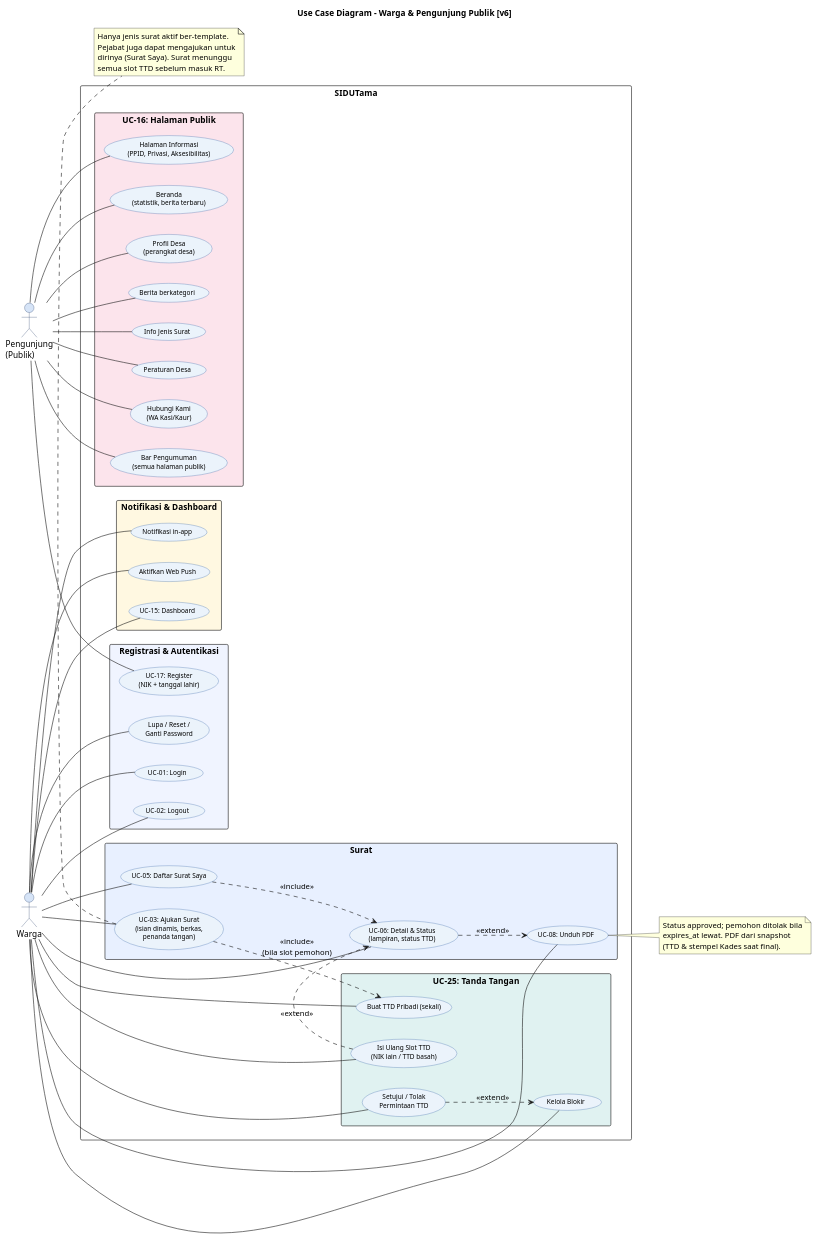
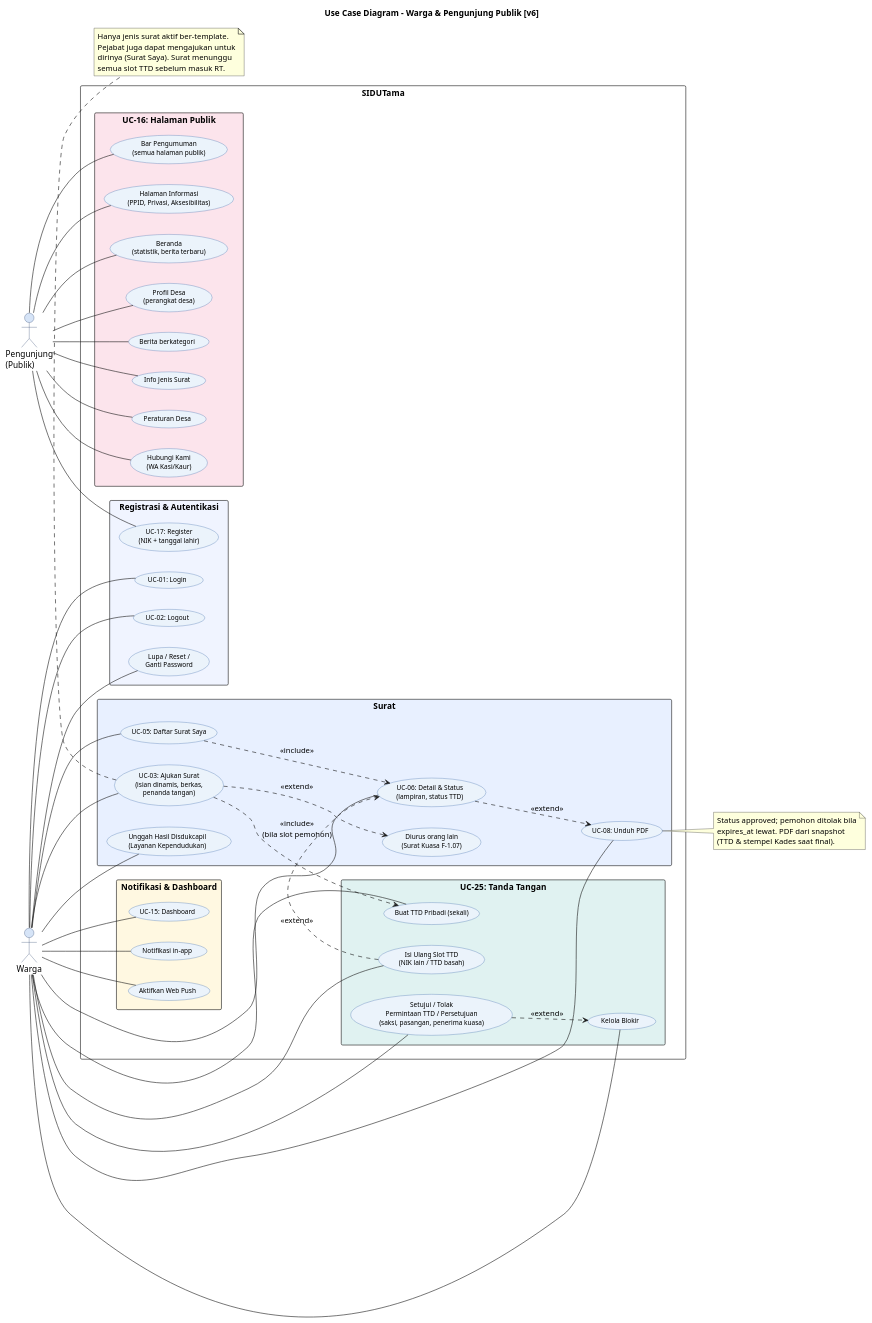
The diagram in docs/diagram/code/usecase/01_UC_Warga_v6.puml (Vextronode/sid-app), drawn with PlantUML before and after one commit. The commit also changed 458 other files, not shown here.

```diff
--- a/docs/diagram/code/usecase/01_UC_Warga_v6.puml
+++ b/docs/diagram/code/usecase/01_UC_Warga_v6.puml
@@ -9,98 +9,102 @@
 @startuml UC_Warga_v6
 left to right direction
 skinparam packageStyle rectangle
 skinparam backgroundColor #FFFFFF
 skinparam usecase {
   BackgroundColor #EBF3FB
   BorderColor #2E5FA3
   FontName Arial
   FontSize 11
 }
 skinparam actor {
   BackgroundColor #D6E4F7
   BorderColor #1F3864
   FontName Arial
 }
 title Use Case Diagram - Warga & Pengunjung Publik [v6]
 
 actor "Warga" as WRG
 actor "Pengunjung\n(Publik)" as PUB
 
 rectangle "SIDUTama" {
   rectangle "Registrasi & Autentikasi" #F0F4FF {
     usecase "UC-17: Register\n(NIK + tanggal lahir)" as UC_REG
     usecase "UC-01: Login" as UC_LOGIN
     usecase "UC-02: Logout" as UC_LOGOUT
     usecase "Lupa / Reset /\nGanti Password" as UC_PWD
   }
   rectangle "UC-16: Halaman Publik" #FCE4EC {
     usecase "Beranda\n(statistik, berita terbaru)" as UC_P1
     usecase "Profil Desa\n(perangkat desa)" as UC_P2
     usecase "Berita berkategori" as UC_P3
     usecase "Info Jenis Surat" as UC_P4
     usecase "Peraturan Desa" as UC_P5
     usecase "Hubungi Kami\n(WA Kasi/Kaur)" as UC_P6
     usecase "Bar Pengumuman\n(semua halaman publik)" as UC_P7
     usecase "Halaman Informasi\n(PPID, Privasi, Aksesibilitas)" as UC_P8
   }
   rectangle "Surat" #E8F0FF {
     usecase "UC-03: Ajukan Surat\n(isian dinamis, berkas,\npenanda tangan)" as UC_SUBMIT
     usecase "UC-05: Daftar Surat Saya" as UC_LIST
     usecase "UC-06: Detail & Status\n(lampiran, status TTD)" as UC_DETAIL
     usecase "UC-08: Unduh PDF" as UC_DL
+    usecase "Unggah Hasil Disdukcapil\n(Layanan Kependudukan)" as UC_RESULT
+    usecase "Diurus orang lain\n(Surat Kuasa F-1.07)" as UC_POA
   }
   rectangle "UC-25: Tanda Tangan" #E0F2F1 {
     usecase "Buat TTD Pribadi (sekali)" as UC_SIG
-    usecase "Setujui / Tolak\nPermintaan TTD" as UC_SIGREQ
+    usecase "Setujui / Tolak\nPermintaan TTD / Persetujuan\n(saksi, pasangan, penerima kuasa)" as UC_SIGREQ
     usecase "Isi Ulang Slot TTD\n(NIK lain / TTD basah)" as UC_REFILL
     usecase "Kelola Blokir" as UC_BLOCK
   }
   rectangle "Notifikasi & Dashboard" #FFF8E1 {
     usecase "Notifikasi in-app" as UC_NOTIF
     usecase "Aktifkan Web Push" as UC_PUSH
     usecase "UC-15: Dashboard" as UC_DASH
   }
 }
 
 PUB -- UC_P1
 PUB -- UC_P2
 PUB -- UC_P3
 PUB -- UC_P4
 PUB -- UC_P5
 PUB -- UC_P6
 PUB -- UC_P7
 PUB -- UC_P8
 PUB -- UC_REG
 WRG -- UC_LOGIN
 WRG -- UC_LOGOUT
 WRG -- UC_PWD
 WRG -- UC_SUBMIT
 WRG -- UC_LIST
 WRG -- UC_DETAIL
 WRG -- UC_DL
+WRG -- UC_RESULT
+UC_SUBMIT ..> UC_POA : <<extend>>
 WRG -- UC_SIG
 WRG -- UC_SIGREQ
 WRG -- UC_REFILL
 WRG -- UC_BLOCK
 WRG -- UC_NOTIF
 WRG -- UC_PUSH
 WRG -- UC_DASH
 
 UC_SUBMIT ..> UC_SIG : <<include>>\n(bila slot pemohon)
 UC_REFILL ..> UC_DETAIL : <<extend>>
 UC_LIST ..> UC_DETAIL : <<include>>
 UC_DETAIL ..> UC_DL : <<extend>>
 UC_SIGREQ ..> UC_BLOCK : <<extend>>
 
 note bottom of UC_SUBMIT
   Hanya jenis surat aktif ber-template.
   Pejabat juga dapat mengajukan untuk
   dirinya (Surat Saya). Surat menunggu
   semua slot TTD sebelum masuk RT.
 end note
 note right of UC_DL
   Status approved; pemohon ditolak bila
   expires_at lewat. PDF dari snapshot
   (TTD & stempel Kades saat final).
 end note
 @enduml
```
